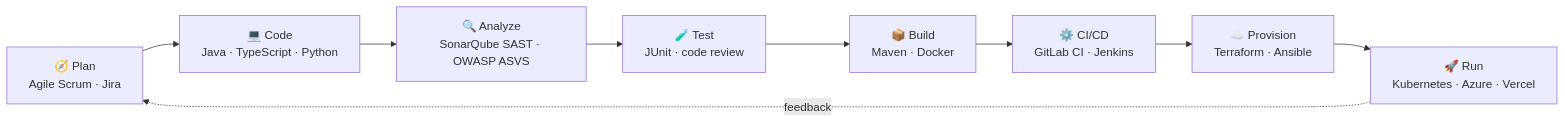
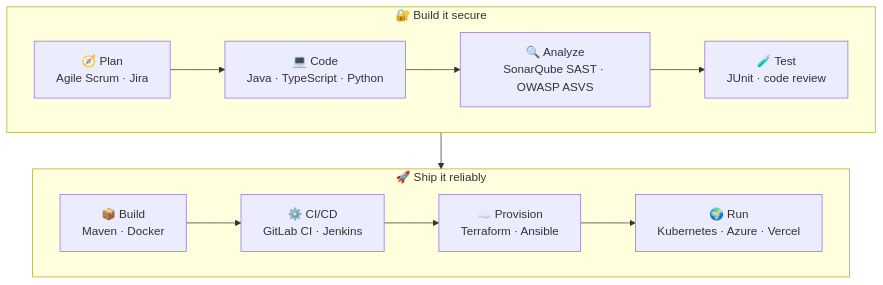
The diagram in README.md (HADDANIAbdu/HADDANIAbdu), drawn with Mermaid before and after one commit.

Commit message:
Split DevSecOps diagram into two rows

````diff
--- a/README.md
+++ b/README.md
@@ -34,11 +34,16 @@
 ```mermaid
-flowchart LR
-    A["🧭 Plan<br/>Agile Scrum · Jira"] --> B["💻 Code<br/>Java · TypeScript · Python"]
-    B --> C["🔍 Analyze<br/>SonarQube SAST · OWASP ASVS"]
-    C --> D["🧪 Test<br/>JUnit · code review"]
-    D --> E["📦 Build<br/>Maven · Docker"]
-    E --> F["⚙️ CI/CD<br/>GitLab CI · Jenkins"]
-    F --> G["☁️ Provision<br/>Terraform · Ansible"]
-    G --> H["🚀 Run<br/>Kubernetes · Azure · Vercel"]
-    H -.feedback.-> A
+flowchart TB
+    subgraph DEV["🔐 Build it secure"]
+        direction LR
+        A["🧭 Plan<br/>Agile Scrum · Jira"] --> B["💻 Code<br/>Java · TypeScript · Python"]
+        B --> C["🔍 Analyze<br/>SonarQube SAST · OWASP ASVS"]
+        C --> D["🧪 Test<br/>JUnit · code review"]
+    end
+    subgraph OPS["🚀 Ship it reliably"]
+        direction LR
+        E["📦 Build<br/>Maven · Docker"] --> F["⚙️ CI/CD<br/>GitLab CI · Jenkins"]
+        F --> G["☁️ Provision<br/>Terraform · Ansible"]
+        G --> H["🌍 Run<br/>Kubernetes · Azure · Vercel"]
+    end
+    DEV --> OPS
 ```
````
